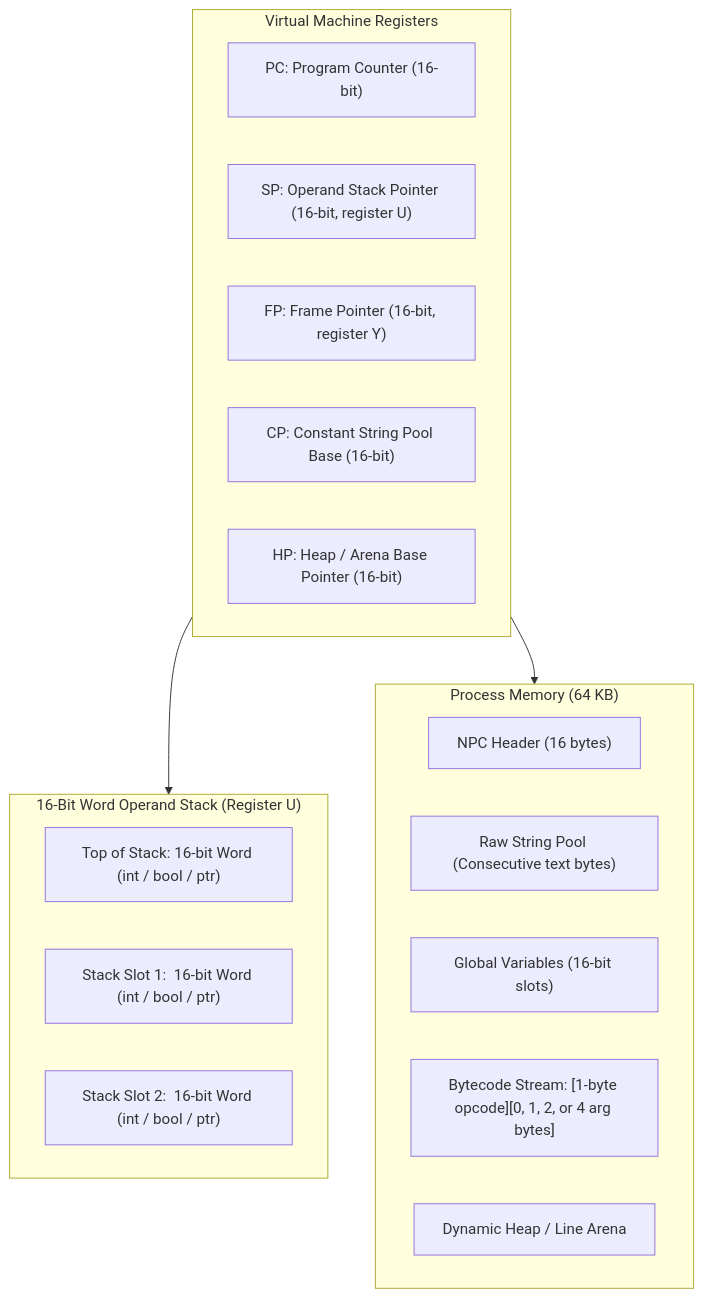
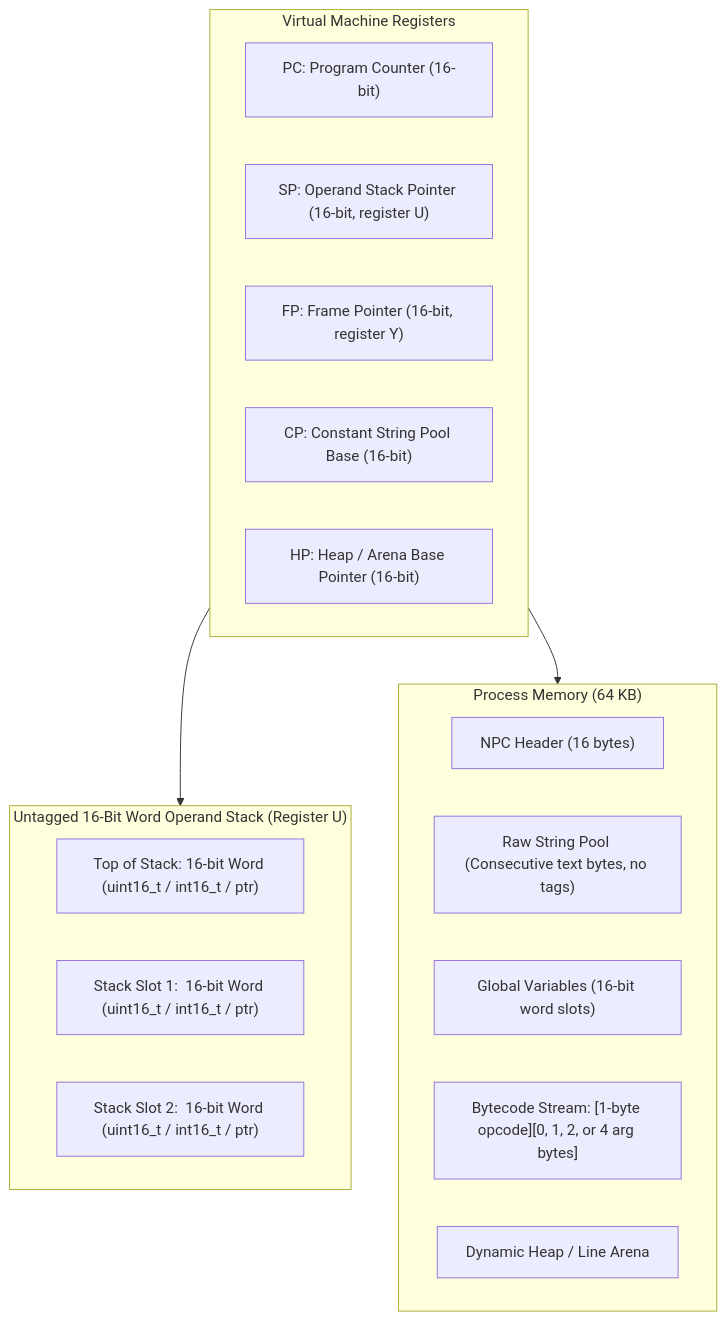
Before and after one commit to strickyak/nitros9: the diagram in npcode/design.md, drawn with Mermaid. The commit also changed other lines of this file, not shown here.

Commit message:
npcode: specify strongly-typed word stack, simplified nil, and zero-test booleans

````diff
--- a/npcode/design.md
+++ b/npcode/design.md
@@ -90,27 +101,27 @@
 ```mermaid
 flowchart TD
     subgraph VMRegisters ["Virtual Machine Registers"]
         PC["PC: Program Counter (16-bit)"]
         SP["SP: Operand Stack Pointer (16-bit, register U)"]
         FP["FP: Frame Pointer (16-bit, register Y)"]
         CP["CP: Constant String Pool Base (16-bit)"]
         HP["HP: Heap / Arena Base Pointer (16-bit)"]
     end
 
-    subgraph StackLayout ["16-Bit Word Operand Stack (Register U)"]
-        S0["Top of Stack: 16-bit Word (int / bool / ptr)"]
-        S1["Stack Slot 1:  16-bit Word (int / bool / ptr)"]
-        S2["Stack Slot 2:  16-bit Word (int / bool / ptr)"]
+    subgraph StackLayout ["Untagged 16-Bit Word Operand Stack (Register U)"]
+        S0["Top of Stack: 16-bit Word (uint16_t / int16_t / ptr)"]
+        S1["Stack Slot 1:  16-bit Word (uint16_t / int16_t / ptr)"]
+        S2["Stack Slot 2:  16-bit Word (uint16_t / int16_t / ptr)"]
     end
 
     subgraph MemoryModel ["Process Memory (64 KB)"]
         Hdr["NPC Header (16 bytes)"]
-        SPool["Raw String Pool (Consecutive text bytes)"]
-        Globals["Global Variables (16-bit slots)"]
+        SPool["Raw String Pool (Consecutive text bytes, no tags)"]
+        Globals["Global Variables (16-bit word slots)"]
         Code["Bytecode Stream: [1-byte opcode][0, 1, 2, or 4 arg bytes]"]
         Heap["Dynamic Heap / Line Arena"]
     end
 
     VMRegisters --> StackLayout
     VMRegisters --> MemoryModel
 ```
````
